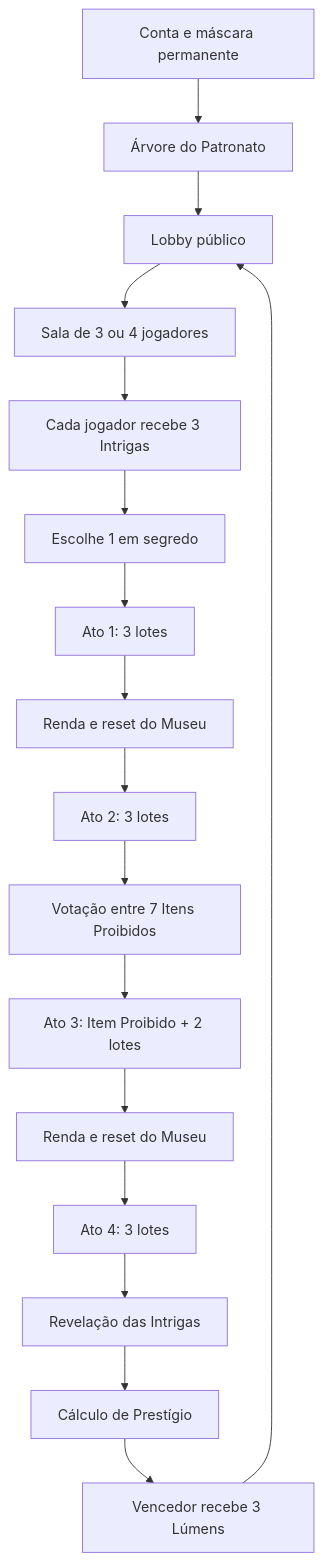
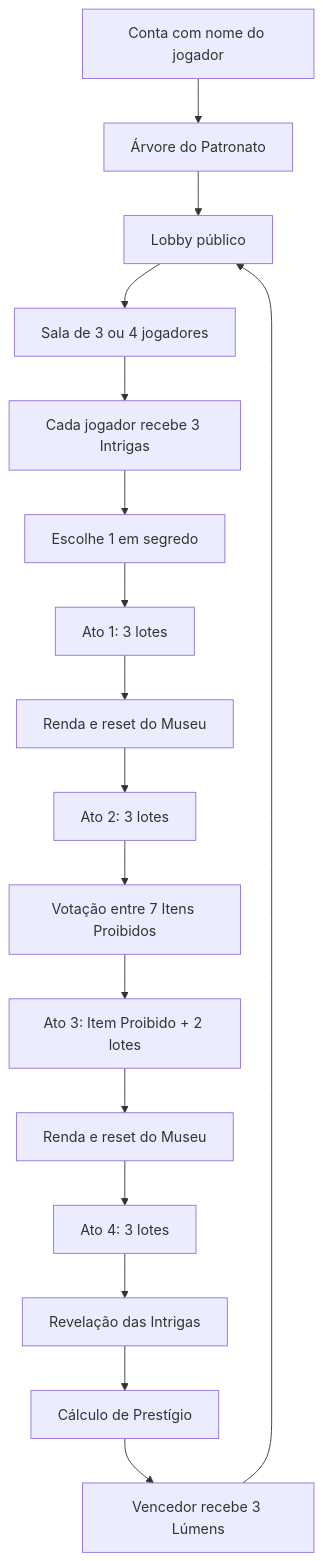
One commit to Adamzatz/leilao-da-meia-noite-online changed the diagram in GAME_DESIGN_MAP.md. Above: the diagram before and after it, drawn with Mermaid. The commit also changed other lines of this file and 7 other files, not shown here.

````diff
--- a/GAME_DESIGN_MAP.md
+++ b/GAME_DESIGN_MAP.md
@@ -19,19 +19,19 @@
 ```mermaid
 flowchart TD
-  A[Conta e máscara permanente] --> B[Árvore do Patronato]
+  A[Conta com nome do jogador] --> B[Árvore do Patronato]
   B --> C[Lobby público]
   C --> D[Sala de 3 ou 4 jogadores]
   D --> E[Cada jogador recebe 3 Intrigas]
   E --> F[Escolhe 1 em segredo]
   F --> G[Ato 1: 3 lotes]
   G --> H[Renda e reset do Museu]
   H --> I[Ato 2: 3 lotes]
   I --> J[Votação entre 7 Itens Proibidos]
   J --> K[Ato 3: Item Proibido + 2 lotes]
   K --> L[Renda e reset do Museu]
   L --> M[Ato 4: 3 lotes]
   M --> N[Revelação das Intrigas]
   N --> O[Cálculo de Prestígio]
   O --> P[Vencedor recebe 3 Lúmens]
   P --> C
 ```
````
